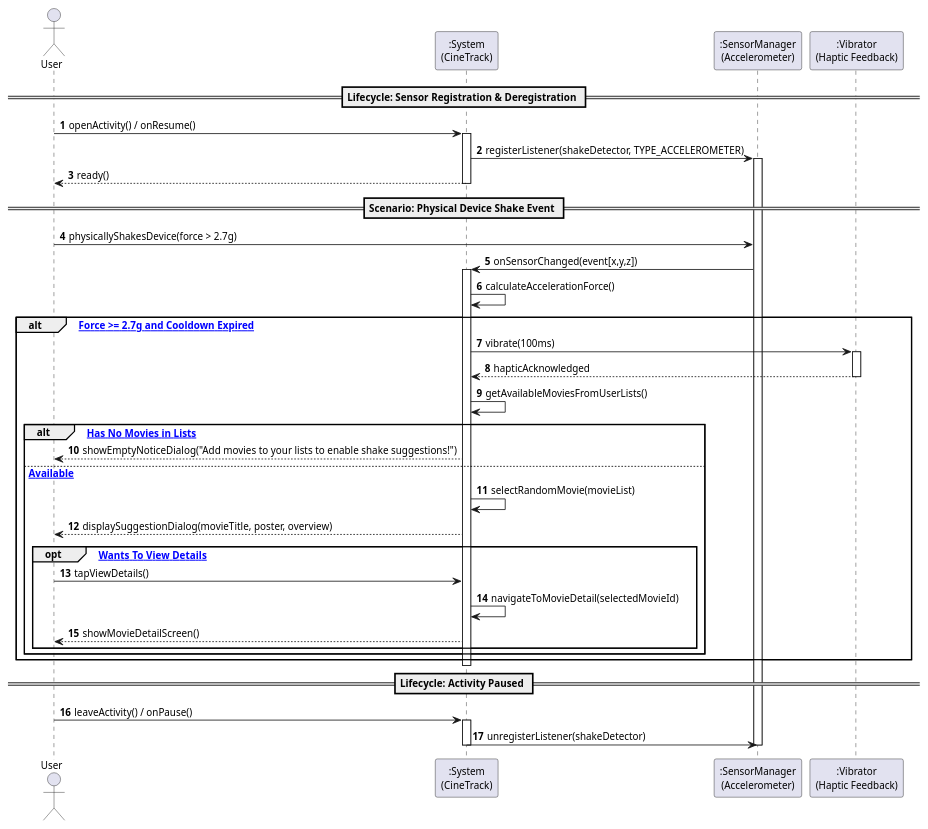
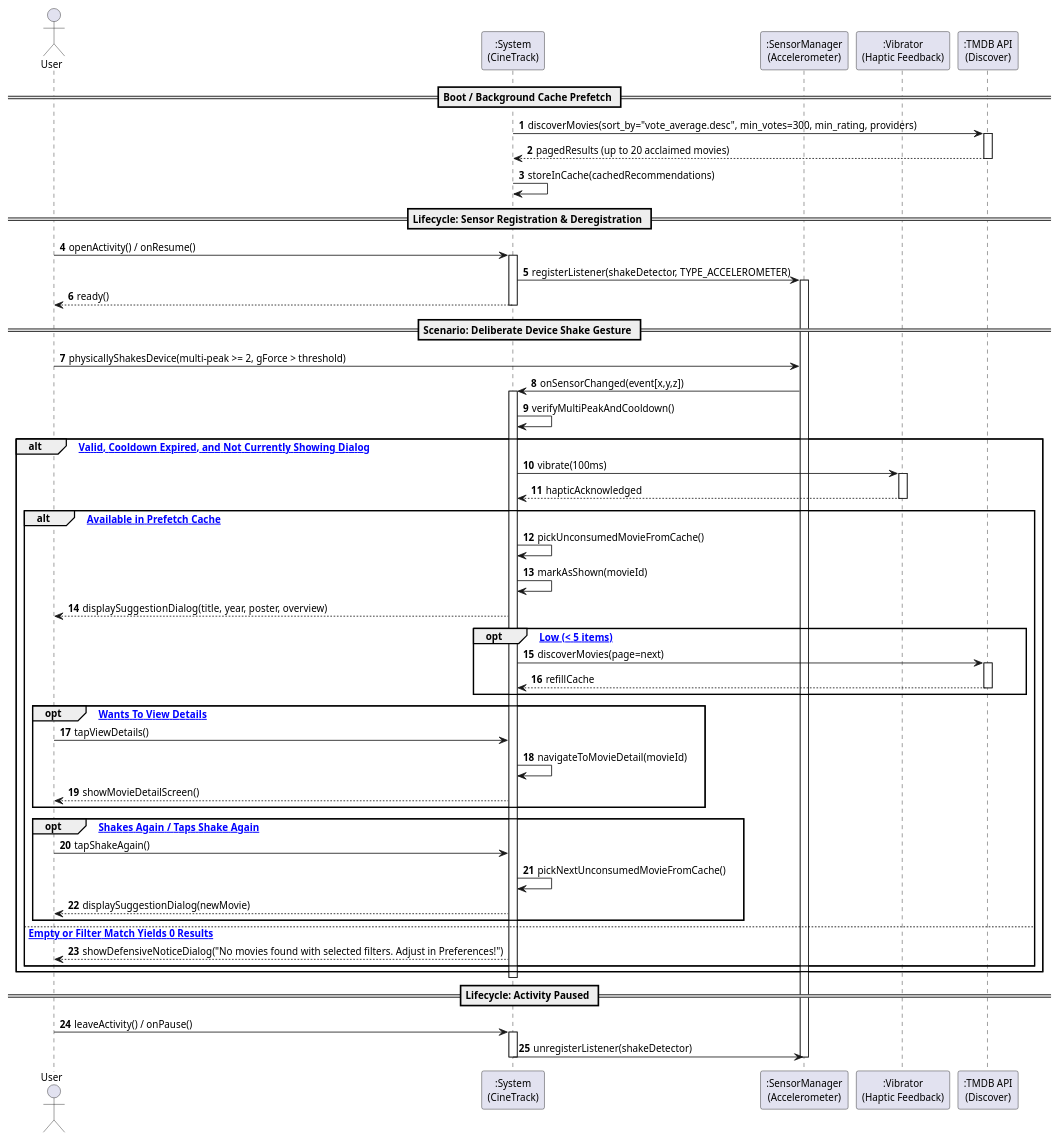
Before and after one commit to Andre-1240567/DSSMV_ProjectDroid_1240567_1241013: the diagram in docs/Use Cases/US6/puml/ssd_us6_shake_suggest.puml, drawn with PlantUML. The commit also changed 6 other files, not shown here.

Commit message:
feat(details): add movie to list from detail screen and sync US6/US8 documentation

```diff
--- a/docs/Use Cases/US6/puml/ssd_us6_shake_suggest.puml
+++ b/docs/Use Cases/US6/puml/ssd_us6_shake_suggest.puml
@@ -1,64 +1,85 @@
 @startuml
 skinparam handwritten false
 skinparam monochrome false
 skinparam shadowing false
 skinparam defaultFontName "Helvetica, Arial, sans-serif"
 skinparam defaultFontSize 12
 
 actor "User" as User
 participant ":System\n(CineTrack)" as System
 participant ":SensorManager\n(Accelerometer)" as Sensor
 participant ":Vibrator\n(Haptic Feedback)" as Haptic
+participant ":TMDB API\n(Discover)" as TMDB
 
 autonumber
+
+== Boot / Background Cache Prefetch ==
+
+System -> TMDB : discoverMovies(sort_by="vote_average.desc", min_votes=300, min_rating, providers)
+activate TMDB
+TMDB --> System : pagedResults (up to 20 acclaimed movies)
+deactivate TMDB
+System -> System : storeInCache(cachedRecommendations)
 
 == Lifecycle: Sensor Registration & Deregistration ==
 
 User -> System : openActivity() / onResume()
 activate System
 System -> Sensor : registerListener(shakeDetector, TYPE_ACCELEROMETER)
 activate Sensor
 System --> User : ready()
 deactivate System
 
-== Scenario: Physical Device Shake Event ==
+== Scenario: Deliberate Device Shake Gesture ==
 
-User -> Sensor : physicallyShakesDevice(force > 2.7g)
+User -> Sensor : physicallyShakesDevice(multi-peak >= 2, gForce > threshold)
 Sensor -> System : onSensorChanged(event[x,y,z])
 activate System
 
-System -> System : calculateAccelerationForce()
+System -> System : verifyMultiPeakAndCooldown()
 
-alt [Acceleration Force >= 2.7g and Cooldown Expired]
+alt [Debounce Valid, Cooldown Expired, and Not Currently Showing Dialog]
     System -> Haptic : vibrate(100ms)
     activate Haptic
     Haptic --> System : hapticAcknowledged
     deactivate Haptic
     
-    System -> System : getAvailableMoviesFromUserLists()
-    
-    alt [User Has No Movies in Lists]
-        System --> User : showEmptyNoticeDialog("Add movies to your lists to enable shake suggestions!")
-    else [Movies Available]
-        System -> System : selectRandomMovie(movieList)
-        System --> User : displaySuggestionDialog(movieTitle, poster, overview)
+    alt [Movie Available in Prefetch Cache]
+        System -> System : pickUnconsumedMovieFromCache()
+        System -> System : markAsShown(movieId)
+        System --> User : displaySuggestionDialog(title, year, poster, overview)
+        
+        opt [Cache Low (< 5 items)]
+            System -> TMDB : discoverMovies(page=next)
+            activate TMDB
+            TMDB --> System : refillCache
+            deactivate TMDB
+        end
         
         opt [User Wants To View Details]
             User -> System : tapViewDetails()
-            System -> System : navigateToMovieDetail(selectedMovieId)
+            System -> System : navigateToMovieDetail(movieId)
             System --> User : showMovieDetailScreen()
         end
+        
+        opt [User Shakes Again / Taps Shake Again]
+            User -> System : tapShakeAgain()
+            System -> System : pickNextUnconsumedMovieFromCache()
+            System --> User : displaySuggestionDialog(newMovie)
+        end
+    else [Cache Empty or Filter Match Yields 0 Results]
+        System --> User : showDefensiveNoticeDialog("No movies found with selected filters. Adjust in Preferences!")
     end
 end
 
 deactivate System
 
 == Lifecycle: Activity Paused ==
 
 User -> System : leaveActivity() / onPause()
 activate System
 System -> Sensor : unregisterListener(shakeDetector)
 deactivate Sensor
 deactivate System
 
 @enduml
```
